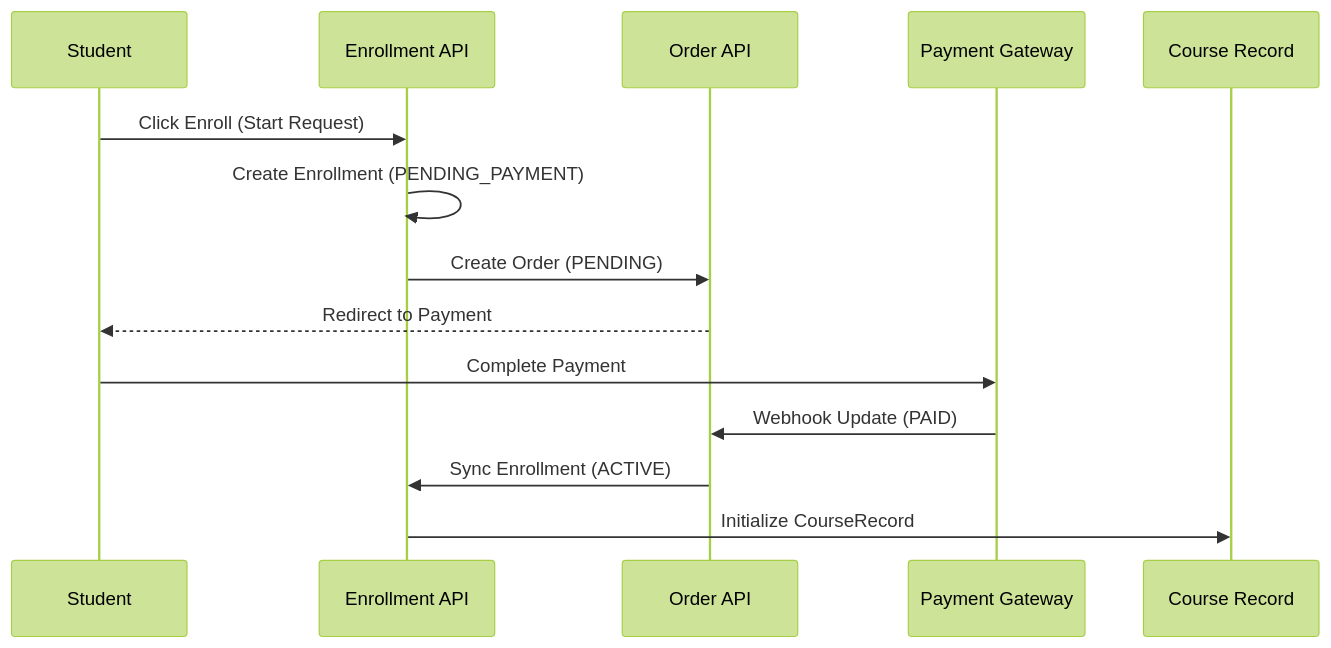
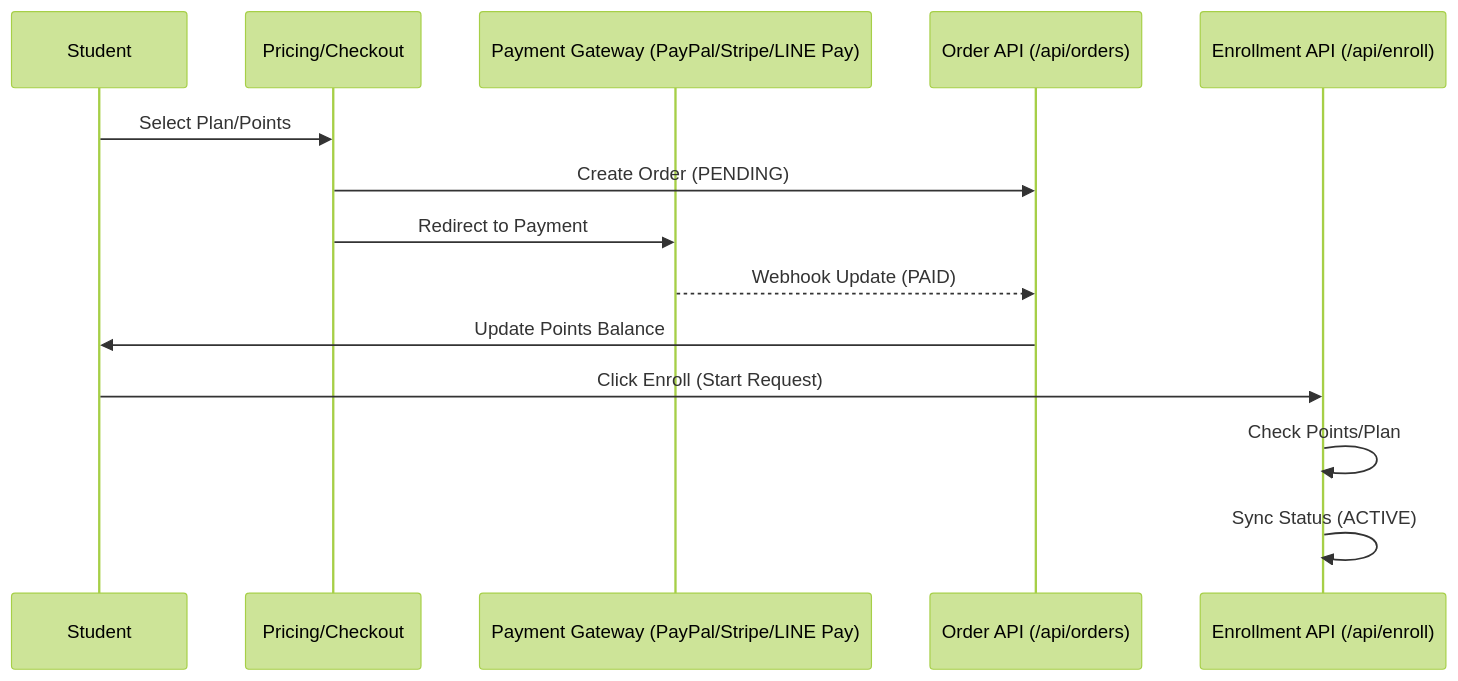
The third of 7 diagrams in architecture_overview.md (jvtutorcorner-sketch/jvtutorcorner-rwd), drawn with Mermaid (forest theme) before and after one commit. The commit also changed other lines of this file and 23 other files, not shown here.

Commit message:
fix: correct LINE image download URL to api-data.line.me and fix TS type error

````diff
--- a/architecture_overview.md
+++ b/architecture_overview.md
@@ -87,17 +49,17 @@
 ```mermaid
 sequenceDiagram
     participant S as Student
-    participant E as Enrollment API
-    participant O as Order API
-    participant PG as Payment Gateway
-    participant C as Course Record
+    participant P as Pricing/Checkout
+    participant PG as Payment Gateway (PayPal/Stripe/LINE Pay)
+    participant O as Order API (/api/orders)
+    participant E as Enrollment API (/api/enroll)
 
+    S->>P: Select Plan/Points
+    P->>O: Create Order (PENDING)
+    P->>PG: Redirect to Payment
+    PG-->>O: Webhook Update (PAID)
+    O->>S: Update Points Balance
     S->>E: Click Enroll (Start Request)
-    E->>E: Create Enrollment (PENDING_PAYMENT)
-    E->>O: Create Order (PENDING)
-    O-->>S: Redirect to Payment
-    S->>PG: Complete Payment
-    PG->>O: Webhook Update (PAID)
-    O->>E: Sync Enrollment (ACTIVE)
-    E->>C: Initialize CourseRecord
+    E->>E: Check Points/Plan
+    E->>E: Sync Status (ACTIVE)
 ```
````
